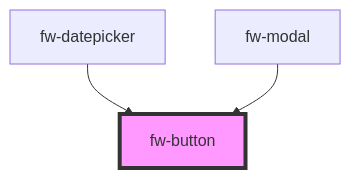
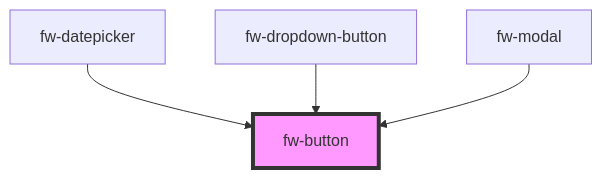
Before and after one commit to freshworks/crayons: the diagram in src/components/button/readme.md, drawn with Mermaid. The commit also changed other lines of this file and 13 other files, not shown here.

First line of the commit message:
feat(dropdown button): dropdown button adhering to Freshworks Design System

````diff
--- a/src/components/button/readme.md
+++ b/src/components/button/readme.md
@@ -73,6 +74,7 @@
 ```mermaid
 graph TD;
   fw-datepicker --> fw-button
+  fw-dropdown-button --> fw-button
   fw-modal --> fw-button
   style fw-button fill:#f9f,stroke:#333,stroke-width:4px
 ```
````
